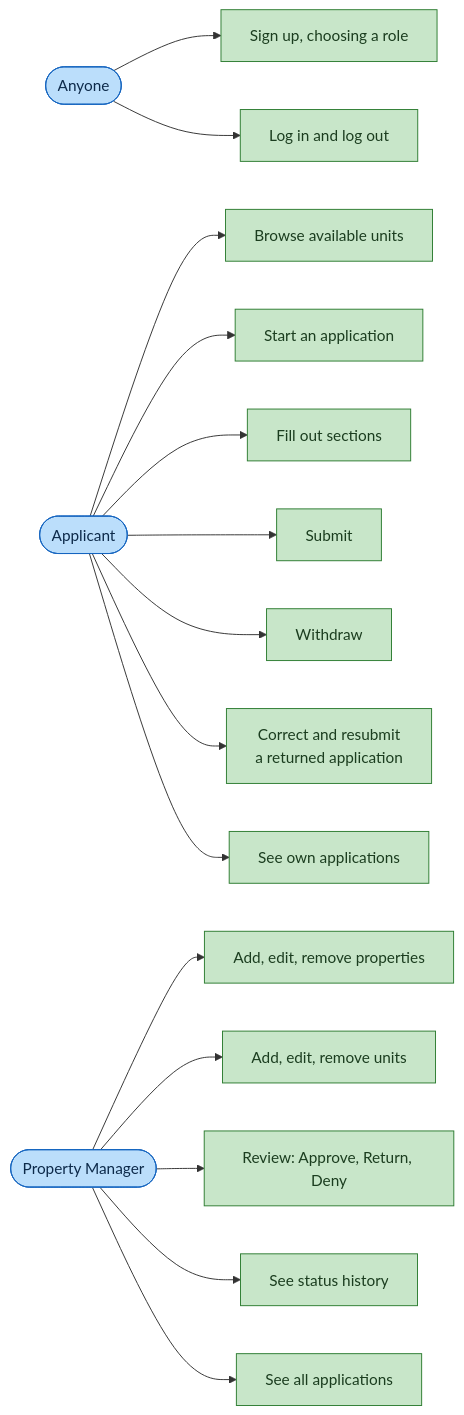
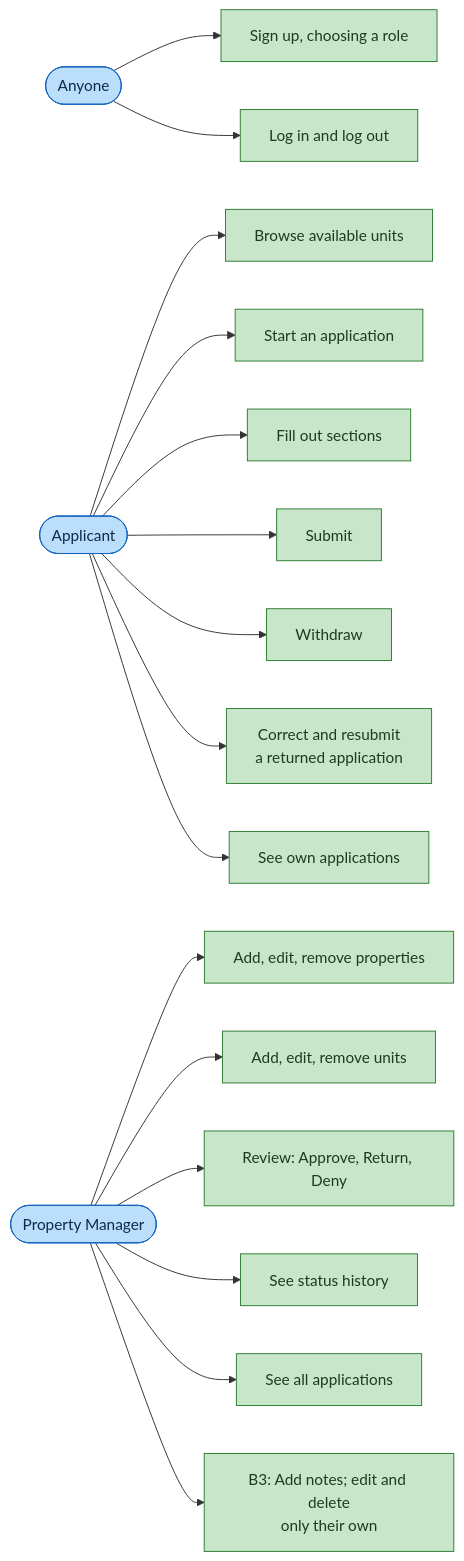
One commit to breps83/troy-rentalportal changed the second of 7 diagrams in docs/diagrams.md. Above: the diagram before and after it, drawn with Mermaid. The commit also changed other lines of this file and 27 other files, not shown here.

````diff
--- a/docs/diagrams.md
+++ b/docs/diagrams.md
@@ -71,28 +72,29 @@
 ```mermaid
 flowchart LR
     classDef done fill:#c8e6c9,stroke:#2e7d32,color:#1b3d1f
     classDef partial fill:#ffe0b2,stroke:#ef6c00,color:#4e2a00
     classDef todo fill:#eceff1,stroke:#78909c,color:#263238
     classDef actor fill:#bbdefb,stroke:#1565c0,color:#0d2a4a
 
     Anyone(["Anyone"]):::actor
     A(["Applicant"]):::actor
     PM(["Property Manager"]):::actor
 
     Anyone --> SignUp["Sign up, choosing a role"]:::done
     Anyone --> LogIn["Log in and log out"]:::done
 
     A --> Browse["Browse available units"]:::done
     A --> Start["Start an application"]:::done
     A --> Fill["Fill out sections"]:::done
     A --> Submit["Submit"]:::done
     A --> Withdraw["Withdraw"]:::done
     A --> Resubmit["Correct and resubmit<br/>a returned application"]:::done
     A --> OwnList["See own applications"]:::done
 
     PM --> Props["Add, edit, remove properties"]:::done
     PM --> Units["Add, edit, remove units"]:::done
     PM --> Review["Review: Approve, Return, Deny"]:::done
     PM --> History["See status history"]:::done
     PM --> AllList["See all applications"]:::done
+    PM --> Notes["B3: Add notes; edit and delete<br/>only their own"]:::done
 ```
````
